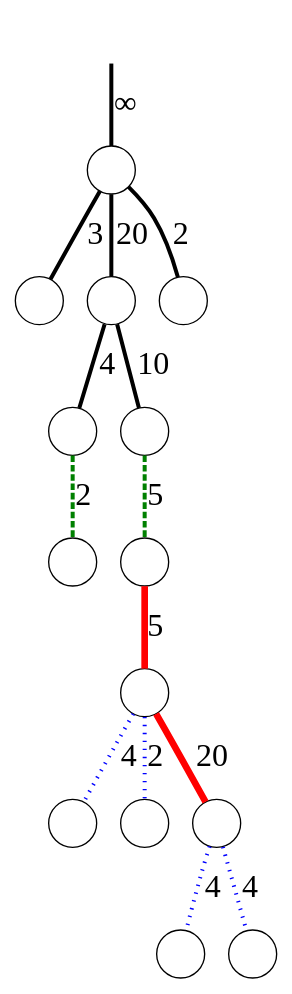
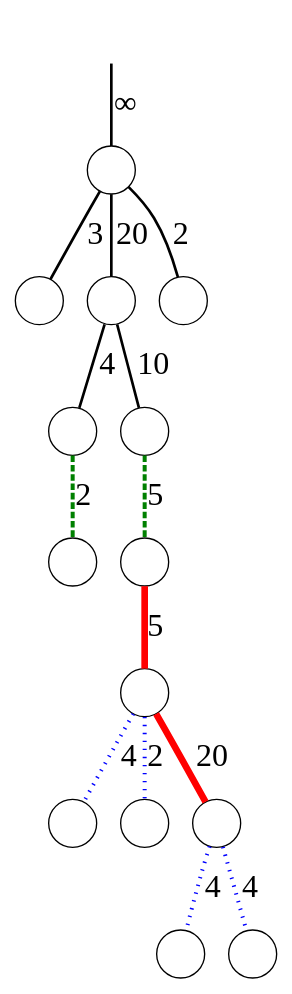
Before and after one commit to sgolodetz/waterfallpaper: the diagram in graphs/example-d.gv, drawn with Graphviz. The commit also changed 15 other files, not shown here.

Commit message:
Fix the edge thicknesses in Figure 10.

```diff
--- a/graphs/example-d.gv
+++ b/graphs/example-d.gv
@@ -1,22 +1,22 @@
 digraph
 {
 	node [shape=circle, label=""];
-	edge [dir=both, arrowtail=none, arrowhead=none, penwidth=3, fontsize=24];
+	edge [dir=both, arrowtail=none, arrowhead=none, penwidth=2, fontsize=24];
 
 	r -> n00 [label="&infin;"];
 	n00 -> n10 [label=3];
 	n00 -> n11 [label=20];
 	n00 -> n12 [label=2];
 	n11 -> n20 [label=4];
 	n11 -> n21 [label=10];
-	n20 -> n30 [label=2, color=green, style=dashed];
-	n21 -> n31 [label=5, color=green, style=dashed];
+	n20 -> n30 [label=2, color=green, style=dashed, penwidth=3];
+	n21 -> n31 [label=5, color=green, style=dashed, penwidth=3];
 	n31 -> n40 [label=5, color=red, penwidth=5];
-	n40 -> n50 [label=4, color=blue, style=dotted];
-	n40 -> n51 [label=2, color=blue, style=dotted];
+	n40 -> n50 [label=4, color=blue, style=dotted, penwidth=3];
+	n40 -> n51 [label=2, color=blue, style=dotted, penwidth=3];
 	n40 -> n52 [label=20, color=red, penwidth=5];
-	n52 -> n60 [label=4, color=blue, style=dotted];
-	n52 -> n61 [label=4, color=blue, style=dotted];
+	n52 -> n60 [label=4, color=blue, style=dotted, penwidth=3];
+	n52 -> n61 [label=4, color=blue, style=dotted, penwidth=3];
 
 	r [style=invisible];
 }
```
